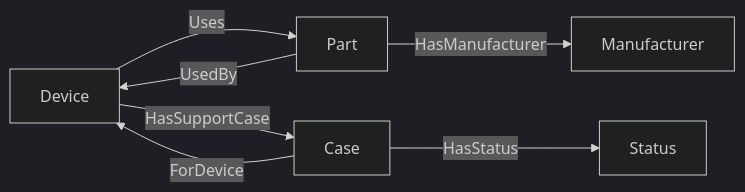
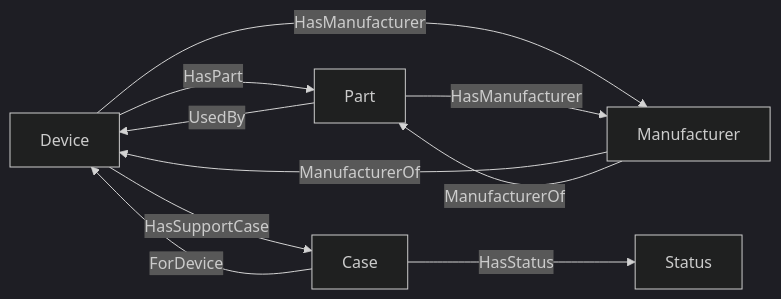
Before and after one commit to curiosity-ai/technical-support: the diagram in README.md, drawn with Mermaid (dark theme).

````diff
--- a/README.md
+++ b/README.md
@@ -54,18 +54,23 @@
 ```mermaid
 graph LR
 
     %% Nodes
     Device["Device"]
     Part["Part"]
     SupportCase["Case"]
     Status["Status"]
+    Manufacturer["Manufacturer"]
 
-    Device -->|Uses| Part
+    Device -->|HasPart| Part
     Device -->|HasSupportCase| SupportCase
+    Device -->|HasManufacturer| Manufacturer
 
     Part -->|UsedBy| Device
     Part -->|HasManufacturer| Manufacturer
 
     SupportCase -->|ForDevice| Device
     SupportCase -->|HasStatus| Status
+
+    Manufacturer -->|ManufacturerOf| Device
+    Manufacturer -->|ManufacturerOf| Part
 ```
````
